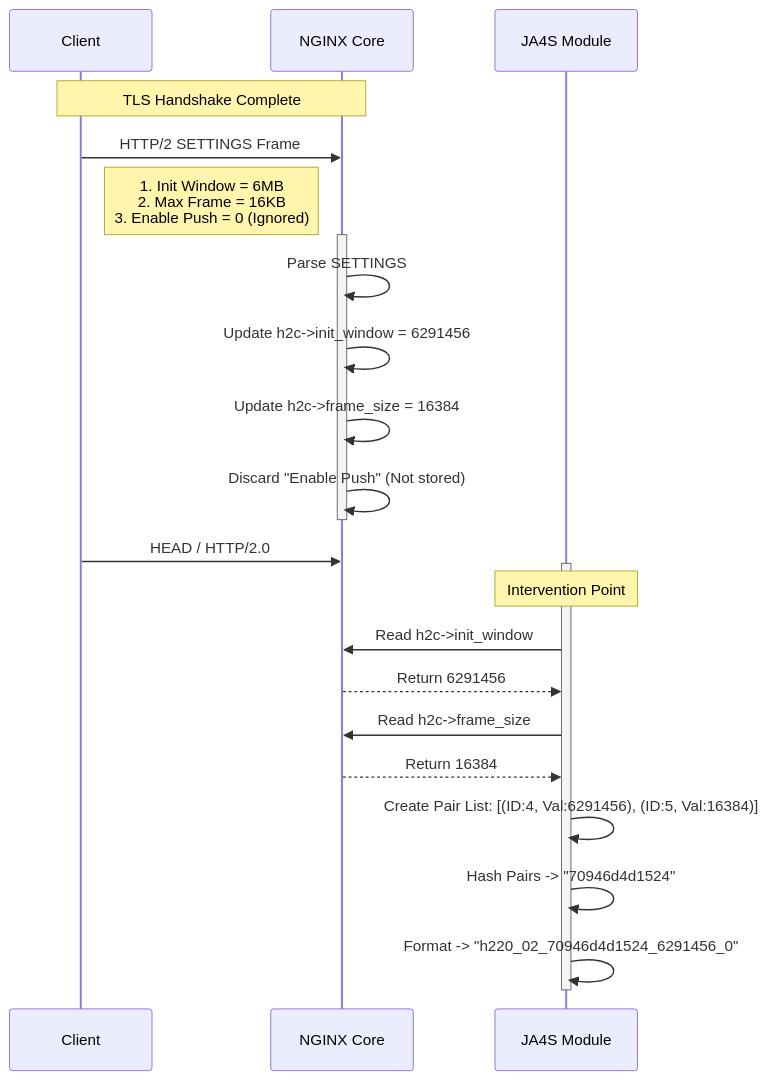
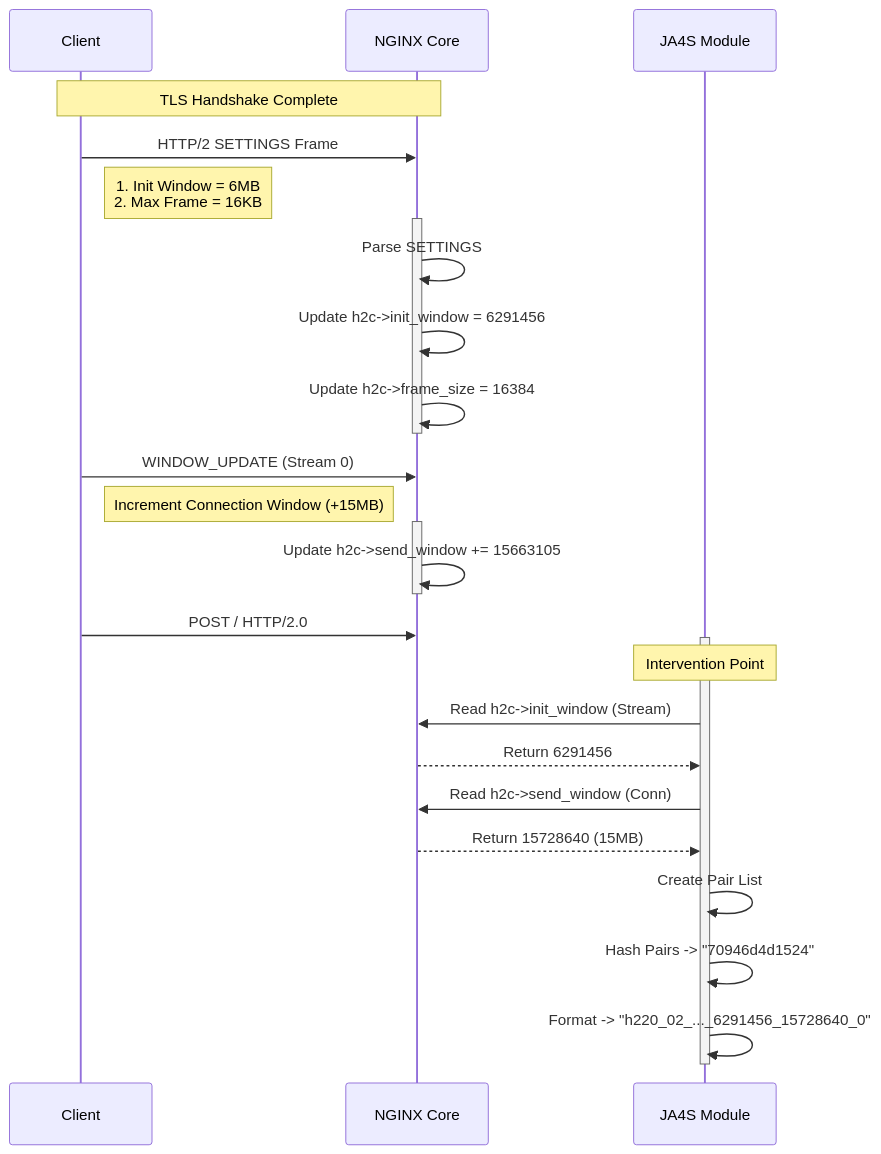
One commit to hirosumee/ja4-nginx-module changed the eighth of 16 diagrams in white_paper.md. Above: the diagram before and after it, drawn with Mermaid. The commit also changed other lines of this file and 1 other file, not shown here.

Commit message:
feat: add HTTP/2 connection window to JA4S fingerprint and update white paper documentation.

````diff
--- a/white_paper.md
+++ b/white_paper.md
@@ -459,32 +460,38 @@
 ```mermaid
 sequenceDiagram
     participant C as Client
     participant N as NGINX Core
     participant M as JA4S Module
 
     Note over C,N: TLS Handshake Complete
 
     C->>N: HTTP/2 SETTINGS Frame
-    Note right of C: 1. Init Window = 6MB<br/>2. Max Frame = 16KB<br/>3. Enable Push = 0 (Ignored)
+    Note right of C: 1. Init Window = 6MB<br/>2. Max Frame = 16KB
 
     activate N
     N->>N: Parse SETTINGS
     N->>N: Update h2c->init_window = 6291456
     N->>N: Update h2c->frame_size = 16384
-    N->>N: Discard "Enable Push" (Not stored)
     deactivate N
 
-    C->>N: HEAD / HTTP/2.0
+    C->>N: WINDOW_UPDATE (Stream 0)
+    Note right of C: Increment Connection Window (+15MB)
+    
+    activate N
+    N->>N: Update h2c->send_window += 15663105
+    deactivate N
+
+    C->>N: POST / HTTP/2.0
     
     activate M
     Note over M: Intervention Point
-    M->>N: Read h2c->init_window
+    M->>N: Read h2c->init_window (Stream)
     N-->>M: Return 6291456
-    M->>N: Read h2c->frame_size
-    N-->>M: Return 16384
+    M->>N: Read h2c->send_window (Conn)
+    N-->>M: Return 15728640 (15MB)
     
-    M->>M: Create Pair List: [(ID:4, Val:6291456), (ID:5, Val:16384)]
+    M->>M: Create Pair List
     M->>M: Hash Pairs -> "70946d4d1524"
-    M->>M: Format -> "h220_02_70946d4d1524_6291456_0"
+    M->>M: Format -> "h220_02_..._6291456_15728640_0"
     deactivate M
 ```
````
